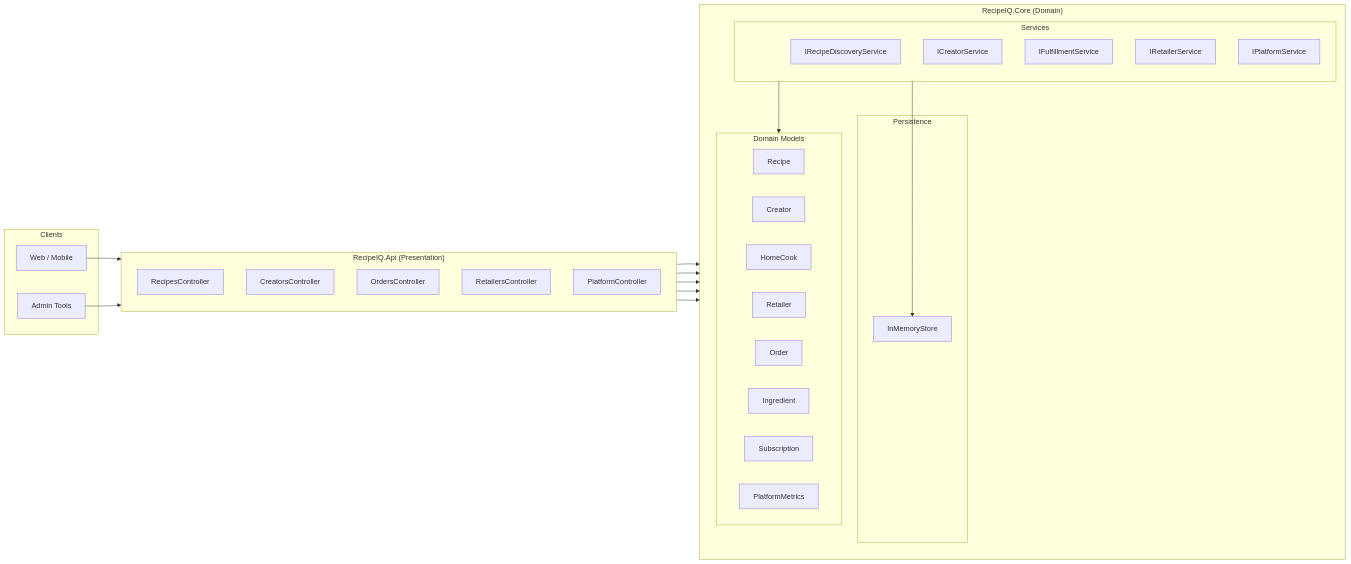
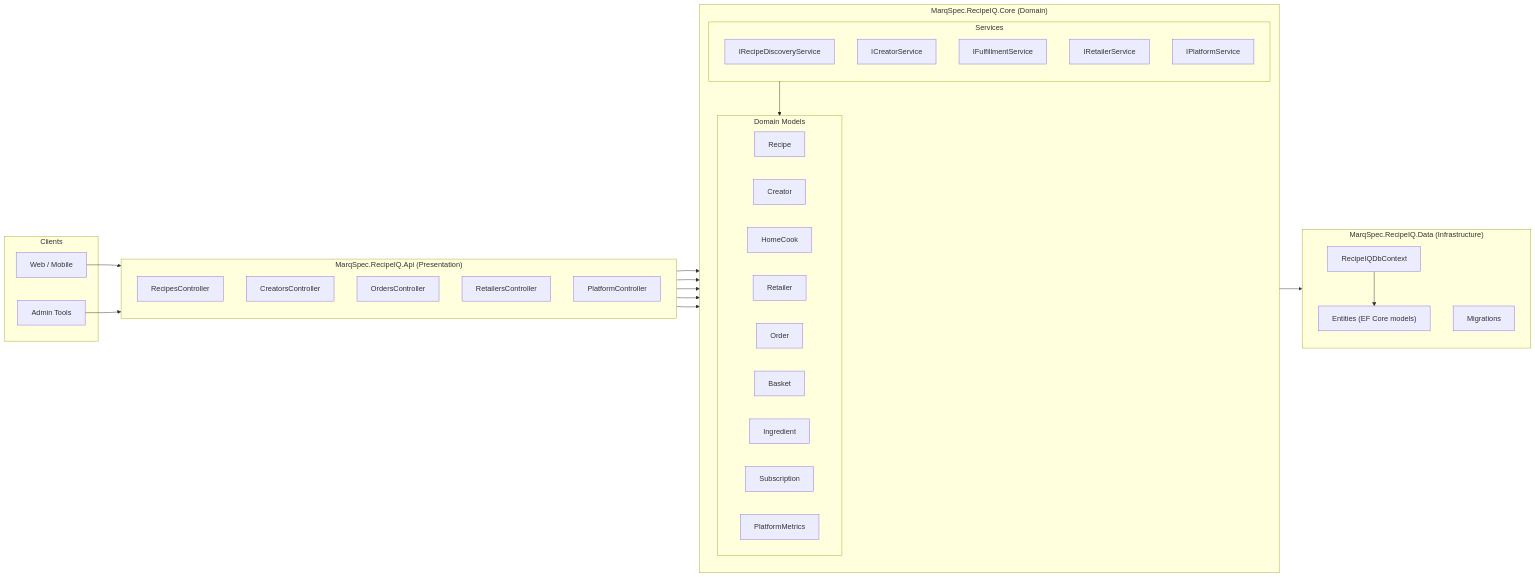
One commit to adammarquette/RecipeIQ changed the first of 4 diagrams in .docs/architecture.md. Above: the diagram before and after it, drawn with Mermaid. The commit also changed other lines of this file and 53 other files, not shown here.

````diff
--- a/.docs/architecture.md
+++ b/.docs/architecture.md
@@ -9,49 +9,55 @@
 ```mermaid
 graph LR
     subgraph Client["Clients"]
         Web[Web / Mobile]
         Admin[Admin Tools]
     end
 
-    subgraph Api["RecipeIQ.Api (Presentation)"]
+    subgraph Api["MarqSpec.RecipeIQ.Api (Presentation)"]
         direction TB
         RecipesCtrl[RecipesController]
         CreatorsCtrl[CreatorsController]
         OrdersCtrl[OrdersController]
         RetailersCtrl[RetailersController]
         PlatformCtrl[PlatformController]
     end
 
-    subgraph Core["RecipeIQ.Core (Domain)"]
+    subgraph Core["MarqSpec.RecipeIQ.Core (Domain)"]
         direction TB
         subgraph Services["Services"]
             RDS[IRecipeDiscoveryService]
             CS[ICreatorService]
             FS[IFulfillmentService]
             RS[IRetailerService]
             PS[IPlatformService]
         end
-        subgraph Store["Persistence"]
-            IMS[InMemoryStore]
-        end
         subgraph Models["Domain Models"]
             Recipe
             Creator
             HomeCook
             Retailer
             Order
+            Basket
             Ingredient
             Subscription
             PlatformMetrics
         end
+    end
+
+    subgraph Data["MarqSpec.RecipeIQ.Data (Infrastructure)"]
+        direction TB
+        DbCtx[RecipeIQDbContext]
+        Entities["Entities (EF Core models)"]
+        Migrations["Migrations"]
     end
 
     Web & Admin --> Api
     RecipesCtrl --> RDS
     CreatorsCtrl --> CS
     OrdersCtrl --> FS
     RetailersCtrl --> RS
     PlatformCtrl --> PS
-    Services --> IMS
     Services --> Models
+    Services --> DbCtx
+    DbCtx --> Entities
 ```
````
